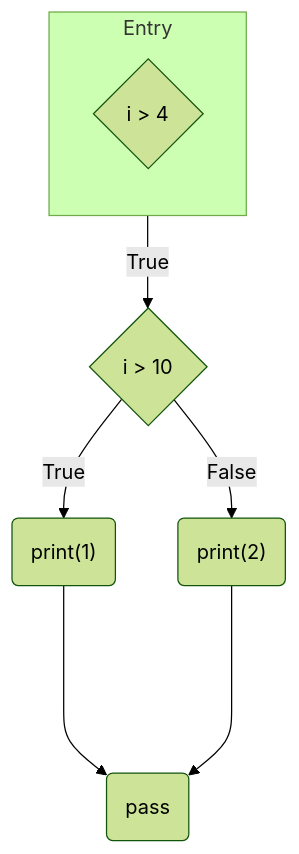
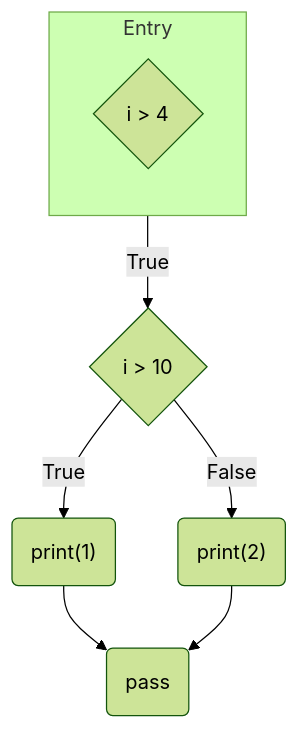
Before and after one commit to moosetechnology/moosetechnology.github.io: the ninth of 18 diagrams in src/content/docs/developers/fast-cfg.mdx, drawn with Mermaid (forest theme). The commit also changed other lines of this file, not shown here.

Commit message:
Correction des flèches dans les diagrammes de flux pour une meilleure clarté

````diff
--- a/src/content/docs/developers/fast-cfg.mdx
+++ b/src/content/docs/developers/fast-cfg.mdx
@@ -450,18 +450,18 @@
 ```mermaid
 flowchart TD
 	subgraph Entry
 		direction TB
 		1
 	end
 
 	1{"i > 4 "}
 	2{"i > 10 "}
 	4("print(1) ")
 	5("print(2) ")
 	6("pass ")
 	1 -- True --> 2
 	2 -- True --> 4
 	2 -- False --> 5
-	4 ----> 6
-	5 ----> 6
+	4 --> 6
+	5 --> 6
 ```
````
